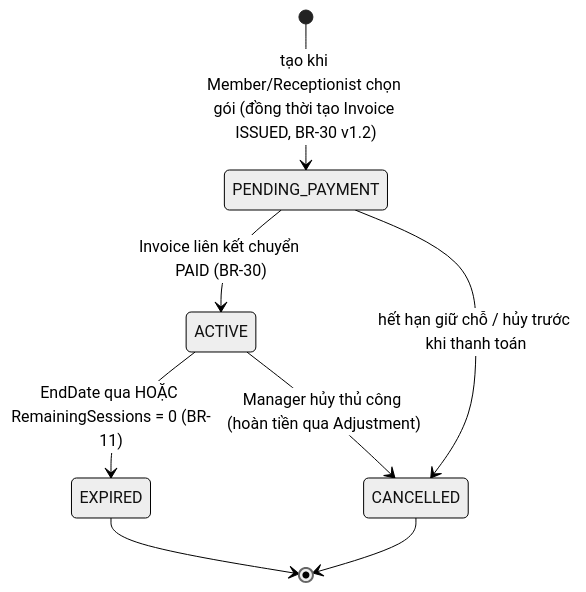
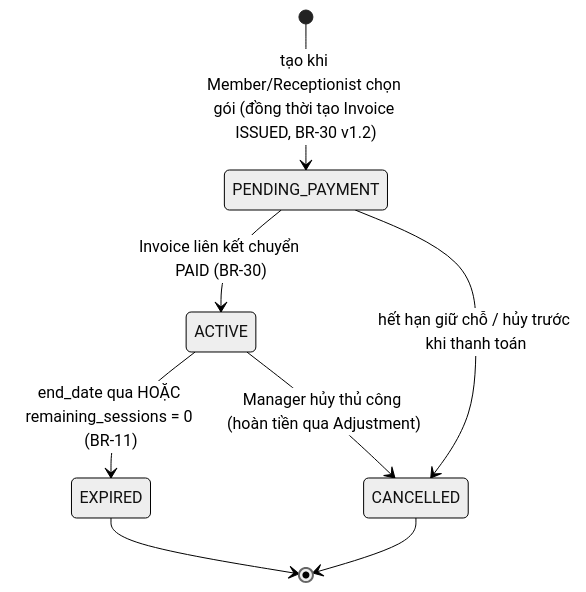
The second of 5 diagrams in docs/Center-Management-System-Design-v2.md (SWP391-SportHub-Group4/sports-center-management-system), drawn with Mermaid (neutral theme) before and after one commit. The commit also changed other lines of this file and 3 other files, not shown here.

````diff
--- a/docs/Center-Management-System-Design-v2.md
+++ b/docs/Center-Management-System-Design-v2.md
@@ -302,10 +323,10 @@
 ```mermaid
 stateDiagram-v2
     [*] --> PENDING_PAYMENT: tạo khi Member/Receptionist chọn gói (đồng thời tạo Invoice ISSUED, BR-30 v1.2)
     PENDING_PAYMENT --> ACTIVE: Invoice liên kết chuyển PAID (BR-30)
     PENDING_PAYMENT --> CANCELLED: hết hạn giữ chỗ / hủy trước khi thanh toán
-    ACTIVE --> EXPIRED: EndDate qua HOẶC RemainingSessions = 0 (BR-11)
+    ACTIVE --> EXPIRED: end_date qua HOẶC remaining_sessions = 0 (BR-11)
     ACTIVE --> CANCELLED: Manager hủy thủ công (hoàn tiền qua Adjustment)
     EXPIRED --> [*]
     CANCELLED --> [*]
 ```
````
